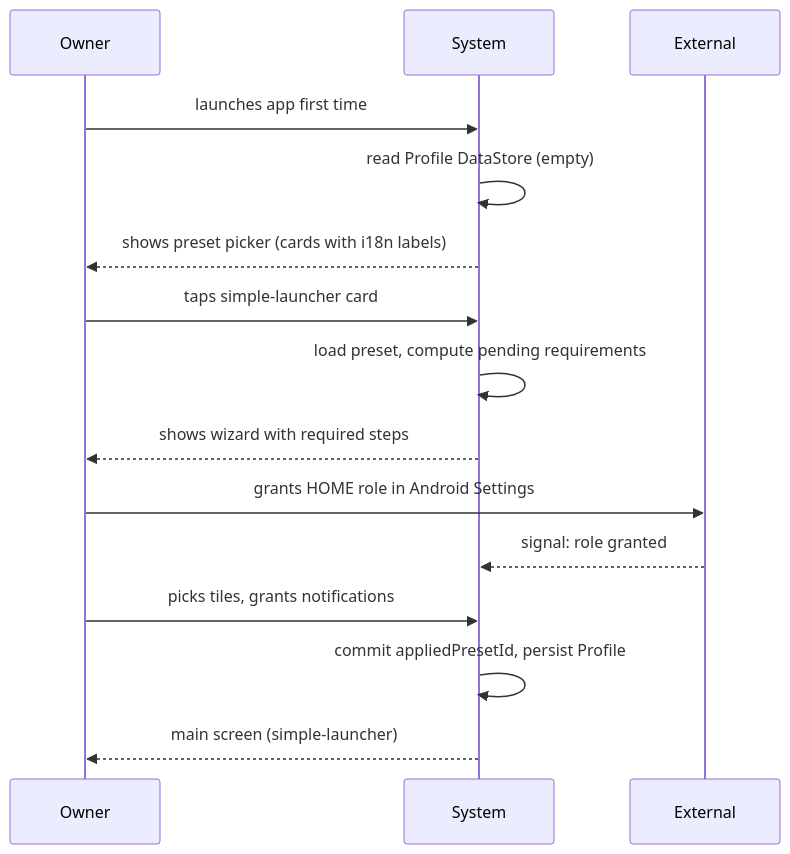
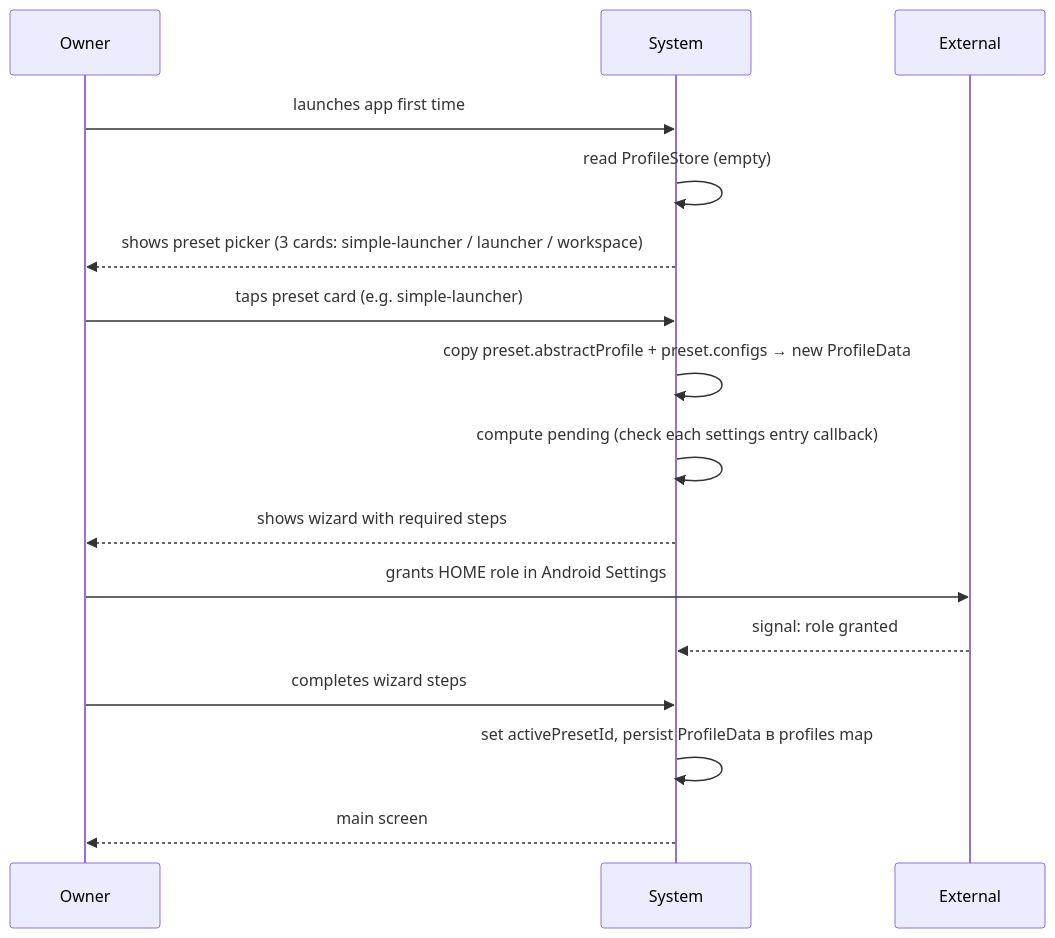
Before and after one commit to jeromwork/launcher: the first of 10 diagrams in specs/task-65-profile-composition-foundation-v2/spec.md, drawn with Mermaid. The commit also changed other lines of this file, not shown here.

````diff
--- a/specs/task-65-profile-composition-foundation-v2/spec.md
+++ b/specs/task-65-profile-composition-foundation-v2/spec.md
@@ -271,17 +279,18 @@
 ```mermaid
 sequenceDiagram
   participant U as Owner
   participant S as System
   participant X as External
   U->>S: launches app first time
-  S->>S: read Profile DataStore (empty)
-  S-->>U: shows preset picker (cards with i18n labels)
-  U->>S: taps simple-launcher card
-  S->>S: load preset, compute pending requirements
+  S->>S: read ProfileStore (empty)
+  S-->>U: shows preset picker (3 cards: simple-launcher / launcher / workspace)
+  U->>S: taps preset card (e.g. simple-launcher)
+  S->>S: copy preset.abstractProfile + preset.configs → new ProfileData
+  S->>S: compute pending (check each settings entry callback)
   S-->>U: shows wizard with required steps
   U->>X: grants HOME role in Android Settings
   X-->>S: signal: role granted
-  U->>S: picks tiles, grants notifications
-  S->>S: commit appliedPresetId, persist Profile
-  S-->>U: main screen (simple-launcher)
+  U->>S: completes wizard steps
+  S->>S: set activePresetId, persist ProfileData в profiles map
+  S-->>U: main screen
 ```
````
